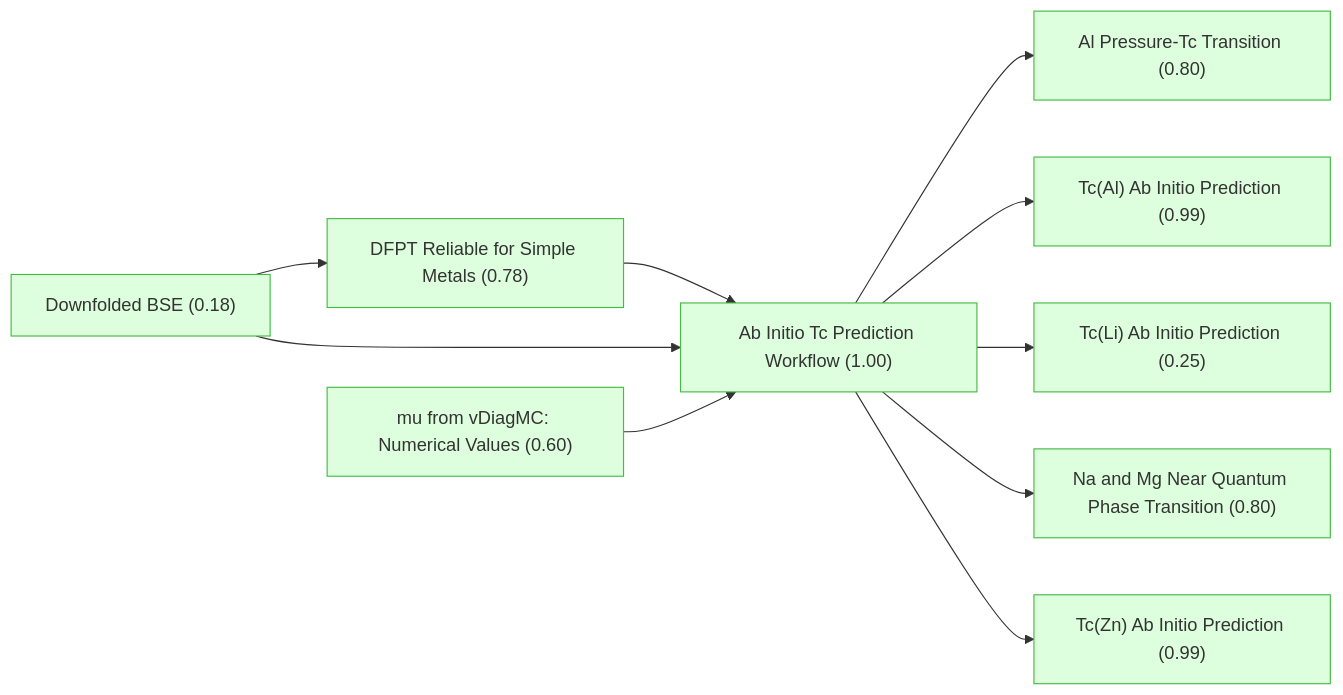
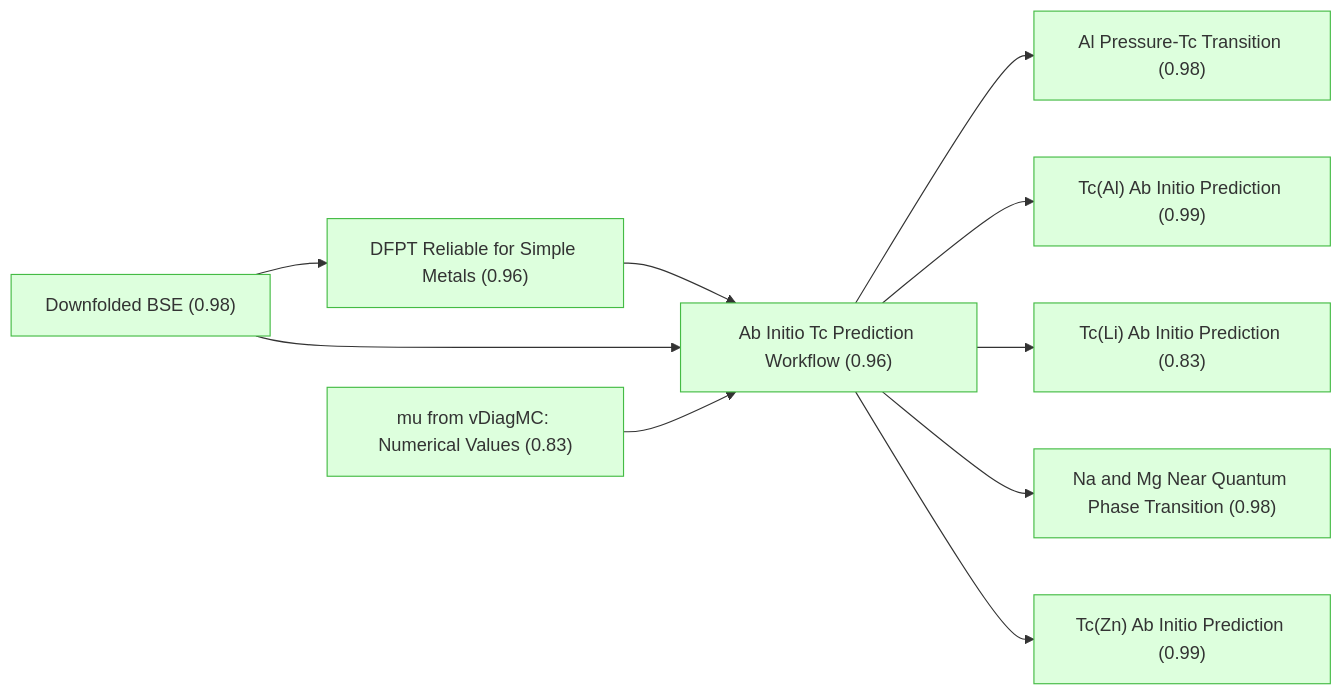
Before and after one commit to kunyuan/SuperconductivityElectronLiquids.gaia: the first of 11 diagrams in docs/detailed-reasoning.md, drawn with Mermaid. The commit also changed other lines of this file and 244 other files, not shown here.

````diff
--- a/docs/detailed-reasoning.md
+++ b/docs/detailed-reasoning.md
@@ -7,31 +7,31 @@
 ```mermaid
 graph LR
-    downfolded_bse["Downfolded BSE (0.18)"]:::derived
-    mu_vdiagmc_values["mu from vDiagMC: Numerical Values (0.60)"]:::derived
-    dfpt_reliable_for_simple_metals["DFPT Reliable for Simple Metals (0.78)"]:::derived
-    ab_initio_workflow["Ab Initio Tc Prediction Workflow (1.00)"]:::derived
+    downfolded_bse["Downfolded BSE (0.98)"]:::derived
+    mu_vdiagmc_values["mu from vDiagMC: Numerical Values (0.83)"]:::derived
+    dfpt_reliable_for_simple_metals["DFPT Reliable for Simple Metals (0.96)"]:::derived
+    ab_initio_workflow["Ab Initio Tc Prediction Workflow (0.96)"]:::derived
     tc_al_predicted["Tc(Al) Ab Initio Prediction (0.99)"]:::derived
     tc_zn_predicted["Tc(Zn) Ab Initio Prediction (0.99)"]:::derived
-    tc_li_predicted["Tc(Li) Ab Initio Prediction (0.25)"]:::derived
-    al_pressure_transition["Al Pressure-Tc Transition (0.80)"]:::derived
-    tc_mg_na_near_qpt["Na and Mg Near Quantum Phase Transition (0.80)"]:::derived
+    tc_li_predicted["Tc(Li) Ab Initio Prediction (0.83)"]:::derived
+    al_pressure_transition["Al Pressure-Tc Transition (0.98)"]:::derived
+    tc_mg_na_near_qpt["Na and Mg Near Quantum Phase Transition (0.98)"]:::derived
     ab_initio_workflow --> al_pressure_transition
     ab_initio_workflow --> tc_al_predicted
     ab_initio_workflow --> tc_li_predicted
     ab_initio_workflow --> tc_mg_na_near_qpt
     ab_initio_workflow --> tc_zn_predicted
     dfpt_reliable_for_simple_metals --> ab_initio_workflow
     downfolded_bse --> ab_initio_workflow
     downfolded_bse --> dfpt_reliable_for_simple_metals
     mu_vdiagmc_values --> ab_initio_workflow
 
     classDef setting fill:#f0f0f0,stroke:#999,color:#333
     classDef premise fill:#ddeeff,stroke:#4488bb,color:#333
     classDef derived fill:#ddffdd,stroke:#44bb44,color:#333
     classDef question fill:#fff3dd,stroke:#cc9944,color:#333
     classDef background fill:#f5f5f5,stroke:#bbb,stroke-dasharray: 5 5,color:#333
     classDef orphan fill:#fff,stroke:#ccc,stroke-dasharray: 5 5,color:#333
     classDef external fill:#fff,stroke:#aaa,stroke-dasharray: 3 3,color:#333
     classDef weak fill:#fff9c4,stroke:#f9a825,stroke-dasharray: 5 5,color:#333
     classDef contra fill:#ffebee,stroke:#c62828,color:#333
 ```
````
